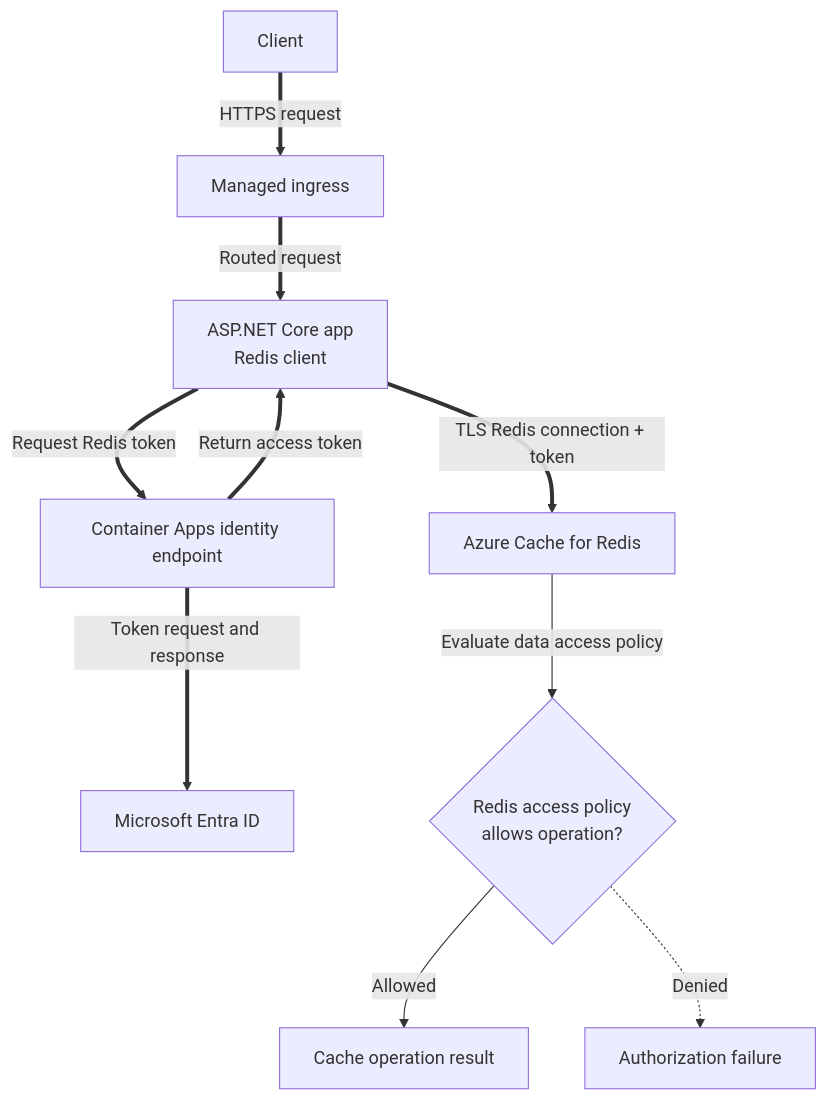
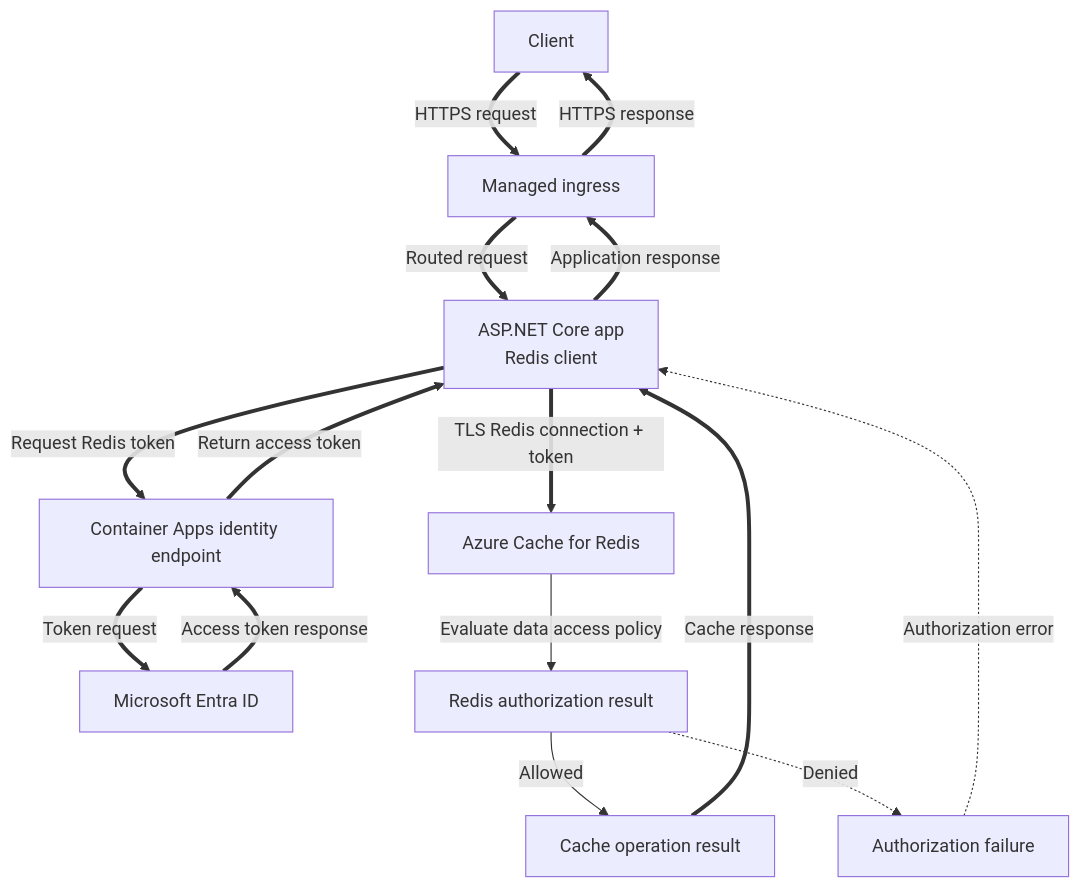
The diagram in docs/language-guides/dotnet/recipes/redis.md (yeongseon/azure-container-apps-practical-guide), drawn with Mermaid before and after one commit. The commit also changed other lines of this file and 22 other files, not shown here.

````diff
--- a/docs/language-guides/dotnet/recipes/redis.md
+++ b/docs/language-guides/dotnet/recipes/redis.md
@@ -19,24 +19,29 @@
 ```mermaid
 flowchart TD
     accTitle: Microsoft Entra authenticated Redis request from an ASP.NET Core app
     accDescr: A client request reaches the app through managed ingress. The Redis client obtains a token through the app's managed identity, then opens a TLS connection. The cache separately evaluates its configured data access policy assignment.
     CLIENT[Client]
     INGRESS[Managed ingress]
     APP[ASP.NET Core app<br/>Redis client]
     ENDPOINT[Container Apps identity endpoint]
     ENTRA[Microsoft Entra ID]
     REDIS[Azure Cache for Redis]
-    AUTHZ{Redis access policy<br/>allows operation?}
+    AUTHZ[Redis authorization result]
     RESULT[Cache operation result]
     DENIED[Authorization failure]
 
     CLIENT ==>|"HTTPS request"| INGRESS
     INGRESS ==>|"Routed request"| APP
     APP ==>|"Request Redis token"| ENDPOINT
-    ENDPOINT ==>|"Token request and response"| ENTRA
+    ENDPOINT ==>|"Token request"| ENTRA
+    ENTRA ==>|"Access token response"| ENDPOINT
     ENDPOINT ==>|"Return access token"| APP
     APP ==>|"TLS Redis connection + token"| REDIS
     REDIS -->|"Evaluate data access policy"| AUTHZ
     AUTHZ -->|"Allowed"| RESULT
     AUTHZ -.->|"Denied"| DENIED
+    RESULT ==>|"Cache response"| APP
+    DENIED -.->|"Authorization error"| APP
+    APP ==>|"Application response"| INGRESS
+    INGRESS ==>|"HTTPS response"| CLIENT
 ```
````
